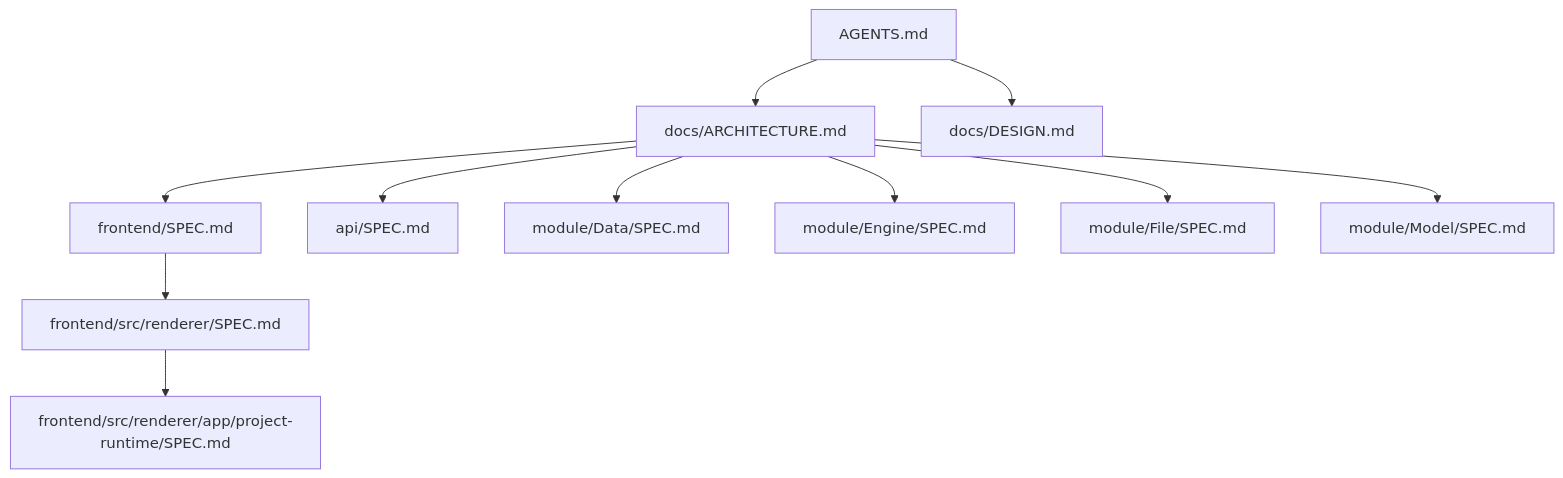
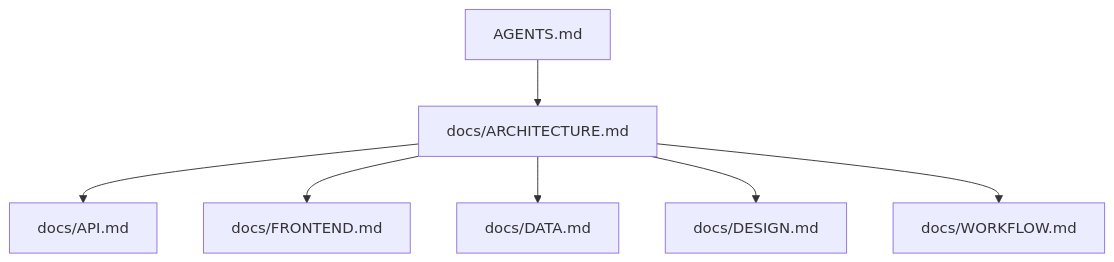
One commit to neavo/LinguaGacha changed the third of 3 diagrams in docs/ARCHITECTURE.md. Above: the diagram before and after it, drawn with Mermaid. The commit also changed other lines of this file and 16 other files, not shown here.

````diff
--- a/docs/ARCHITECTURE.md
+++ b/docs/ARCHITECTURE.md
@@ -25,13 +68,9 @@
 ```mermaid
 flowchart TD
     A["AGENTS.md"] --> B["docs/ARCHITECTURE.md"]
-    A --> C["docs/DESIGN.md"]
-    B --> D["frontend/SPEC.md"]
-    D --> E["frontend/src/renderer/SPEC.md"]
-    E --> F["frontend/src/renderer/app/project-runtime/SPEC.md"]
-    B --> G["api/SPEC.md"]
-    B --> H["module/Data/SPEC.md"]
-    B --> I["module/Engine/SPEC.md"]
-    B --> J["module/File/SPEC.md"]
-    B --> K["module/Model/SPEC.md"]
+    B --> C["docs/API.md"]
+    B --> D["docs/FRONTEND.md"]
+    B --> E["docs/DATA.md"]
+    B --> F["docs/DESIGN.md"]
+    B --> G["docs/WORKFLOW.md"]
 ```
````
